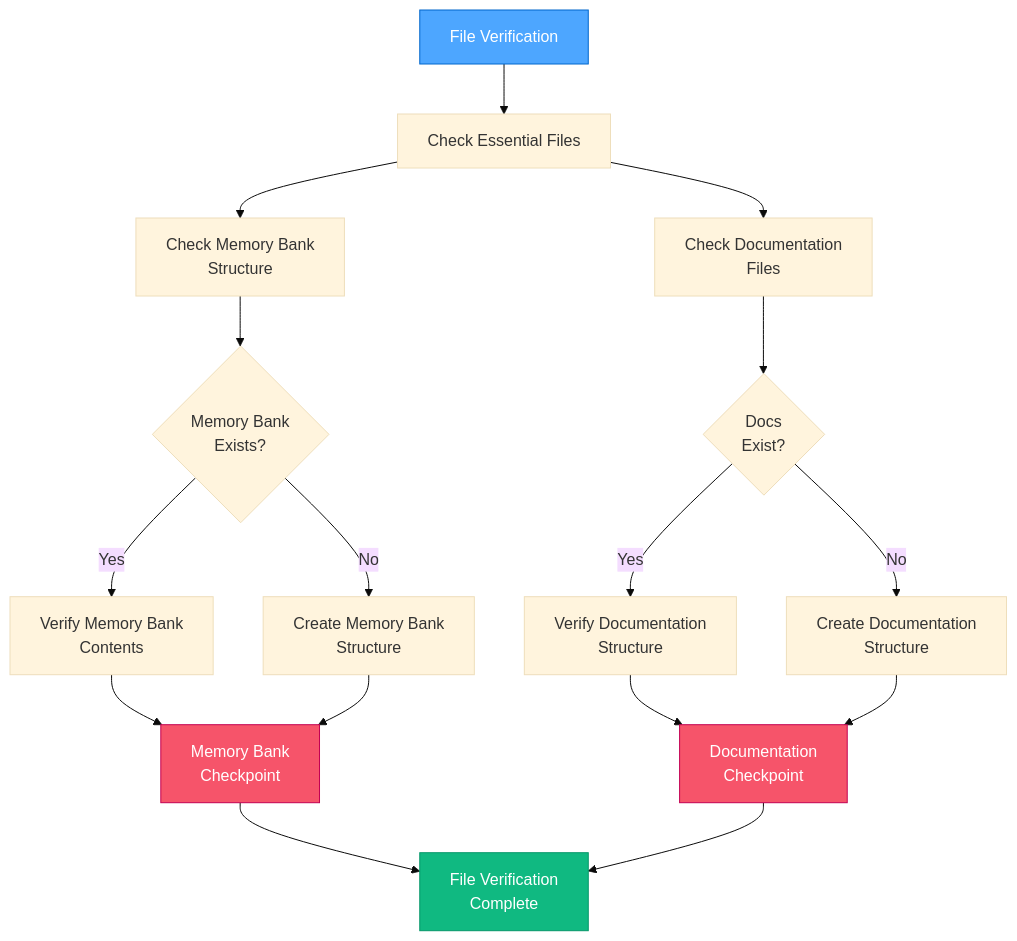
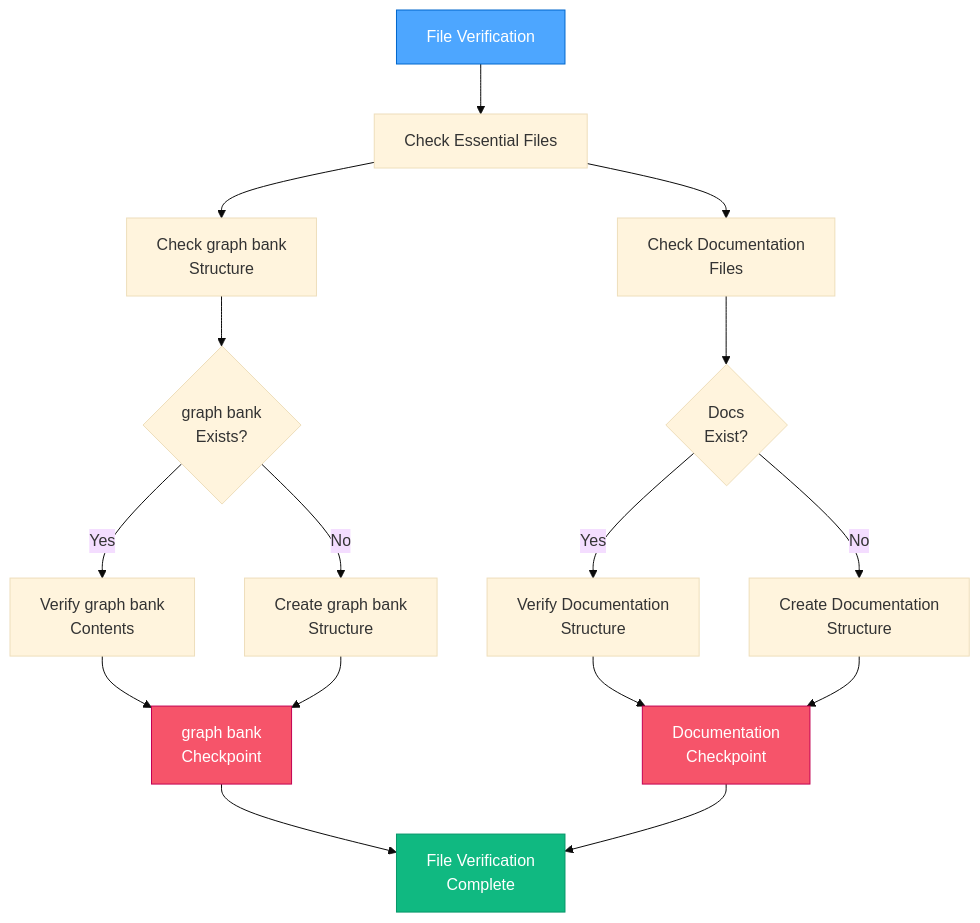
Before and after one commit to 7Spade/cursor-memory-bank: the third of 13 diagrams in .cursor/rules/isolation_rules/visual-maps/van-mode-map.mdc, drawn with Mermaid (base theme). The commit also changed other lines of this file and 43 other files, not shown here.

Commit message:
refactor: Update terminology from "Memory Bank" to "graph bank" across all relevant files, enhancing consistency in documentation and improving clarity in the system's architecture and processes

````diff
--- a/.cursor/rules/isolation_rules/visual-maps/van-mode-map.mdc
+++ b/.cursor/rules/isolation_rules/visual-maps/van-mode-map.mdc
@@ -91,25 +91,25 @@
 ```mermaid
 graph TD
     FV["File Verification"] --> CheckFiles["Check Essential Files"]
-    CheckFiles --> CheckMB["Check Memory Bank<br>Structure"]
-    CheckMB --> MBExists{"Memory Bank<br>Exists?"}
+    CheckFiles --> CheckMB["Check graph bank<br>Structure"]
+    CheckMB --> MBExists{"graph bank<br>Exists?"}
     
-    MBExists -->|"Yes"| VerifyMB["Verify Memory Bank<br>Contents"]
-    MBExists -->|"No"| CreateMB["Create Memory Bank<br>Structure"]
+    MBExists -->|"Yes"| VerifyMB["Verify graph bank<br>Contents"]
+    MBExists -->|"No"| CreateMB["Create graph bank<br>Structure"]
     
     CheckFiles --> CheckDocs["Check Documentation<br>Files"]
     CheckDocs --> DocsExist{"Docs<br>Exist?"}
     
     DocsExist -->|"Yes"| VerifyDocs["Verify Documentation<br>Structure"]
     DocsExist -->|"No"| CreateDocs["Create Documentation<br>Structure"]
     
-    VerifyMB & CreateMB --> MBCP["Memory Bank<br>Checkpoint"]
+    VerifyMB & CreateMB --> MBCP["graph bank<br>Checkpoint"]
     VerifyDocs & CreateDocs --> DocsCP["Documentation<br>Checkpoint"]
     
     MBCP & DocsCP --> FileComplete["File Verification<br>Complete"]
     
     style FV fill:#4da6ff,stroke:#0066cc,color:white
     style FileComplete fill:#10b981,stroke:#059669,color:white
     style MBCP fill:#f6546a,stroke:#c30052,color:white
     style DocsCP fill:#f6546a,stroke:#c30052,color:white
 ```
````
